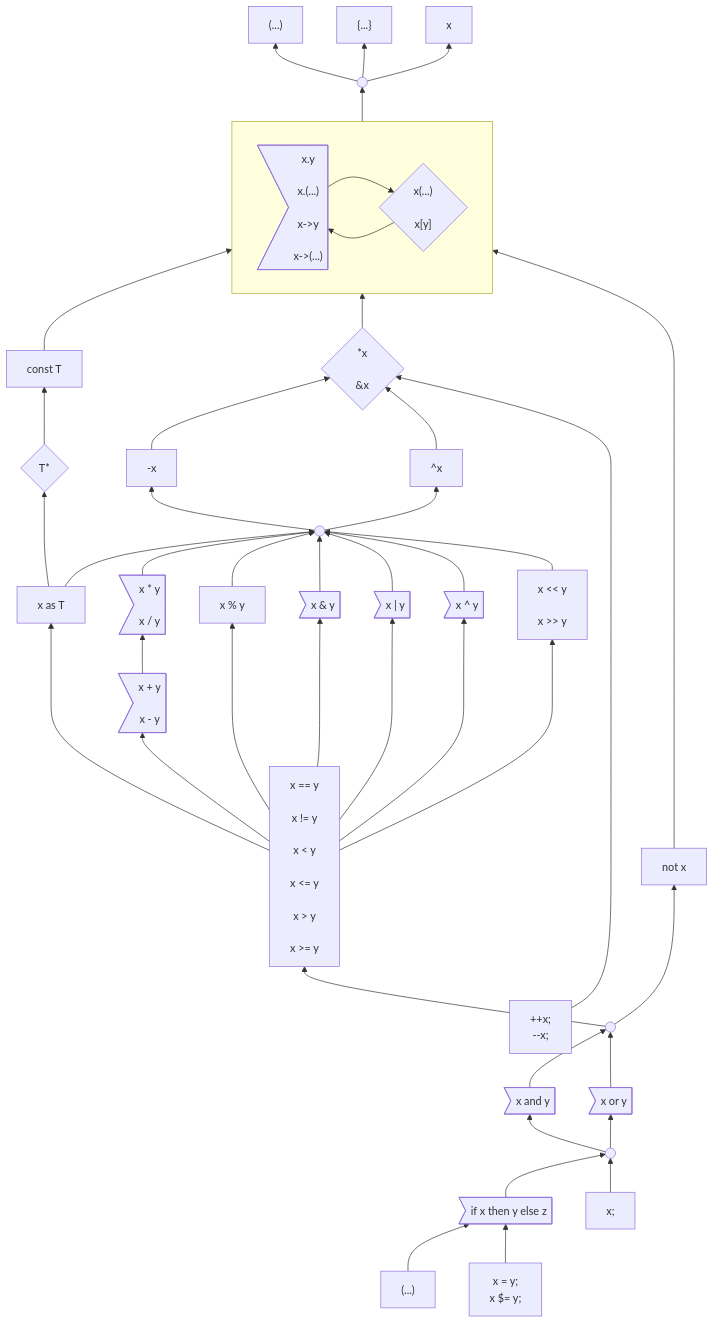
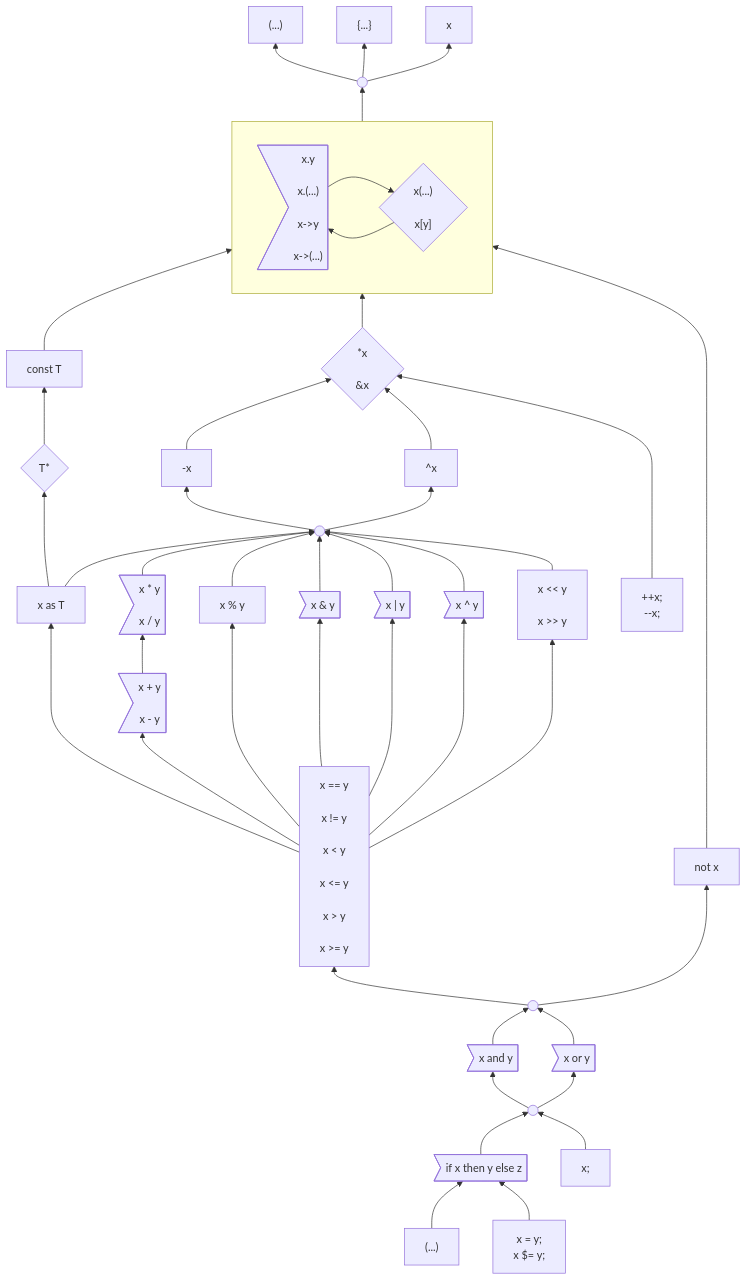
One commit to carbon-language/carbon-lang changed the first of 3 diagrams in docs/design/expressions/README.md. Above: the diagram before and after it, drawn with Mermaid.

Commit message:
Checkpoint progress.

```diff
--- a/docs/design/expressions/README.md
+++ b/docs/design/expressions/README.md
@@ -166,7 +166,7 @@
 
     pointer --> memberCallIndex
     negation & complement --> pointer
-    incDec -------> pointer
+    incDec ----> pointer
     unary --> negation & complement
     %% Use a longer arrow here to put `not` next to `and` and `or`.
     not -------> memberCallIndex
```
